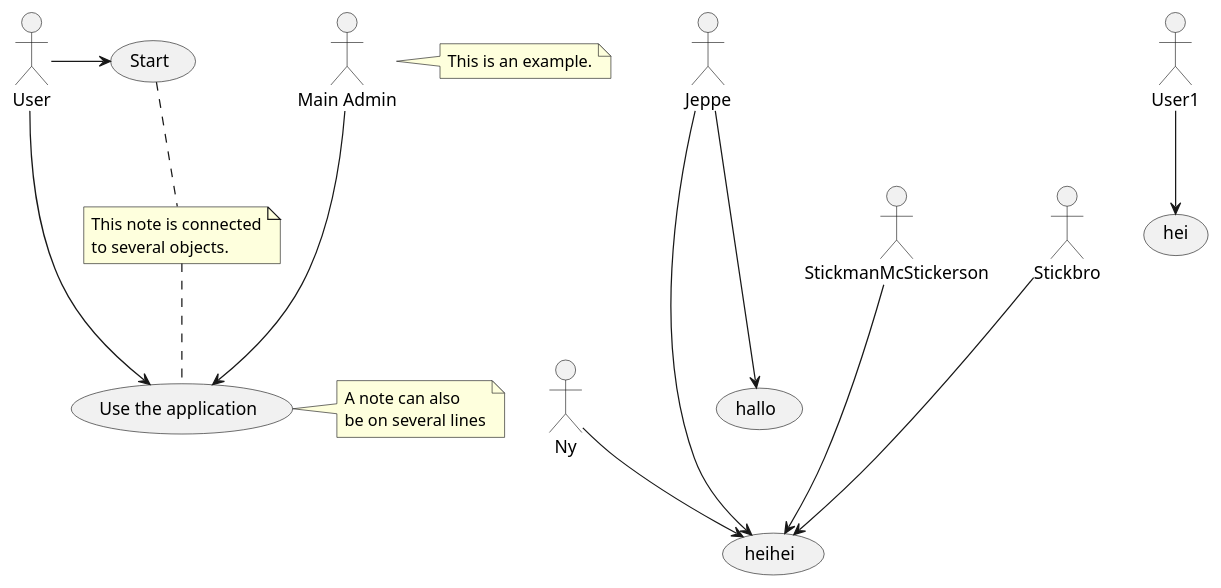
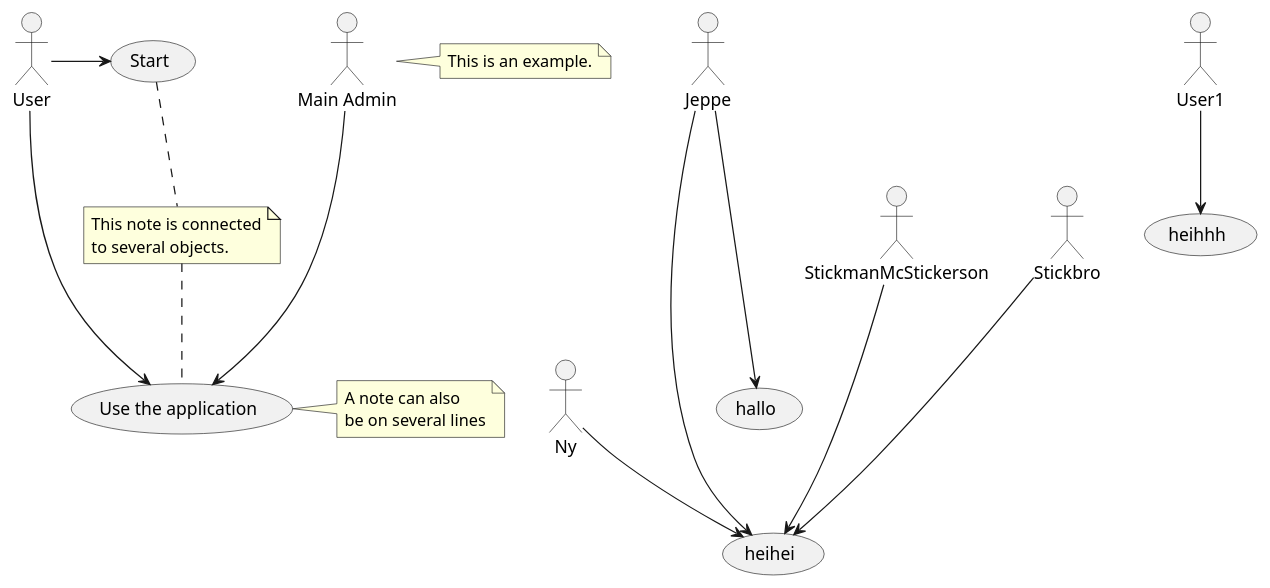
Before and after one commit to SetGruppe6/diagrammer: the diagram in usecase.puml, drawn with PlantUML.

Commit message:
nyeste endring

```diff
--- a/usecase.puml
+++ b/usecase.puml
@@ -1,32 +1,32 @@
 @startuml
 :Main Admin: as Admin
 (Use the application) as (Use)
 
 User -> (Start)
 User --> (Use)
 
 Admin ---> (Use)
 
 
 Ny--> (heihei)
 Jeppe---> (hallo)
 Jeppe---->(heihei)
 
-User1 --> (hei)
+User1 --> (heihhh)
 
 StickmanMcStickerson ---> (heihei)
 Stickbro ---> (heihei)
 
 
 
 note right of Admin : This is an example.
 
 note right of (Use)
 A note can also
 be on several lines
 end note
 
 note "This note is connected\nto several objects." as N2
 (Start) .. N2
 N2 .. (Use)
 @enduml
```
